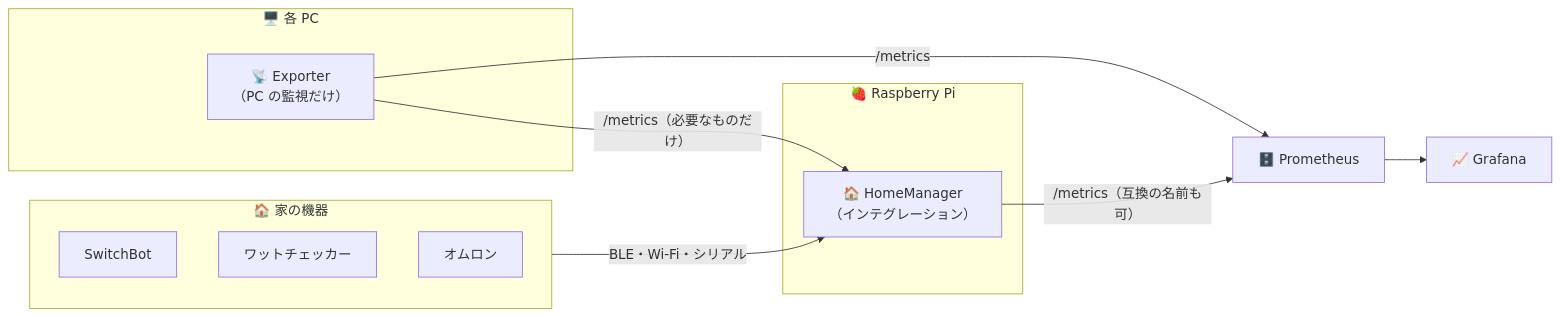
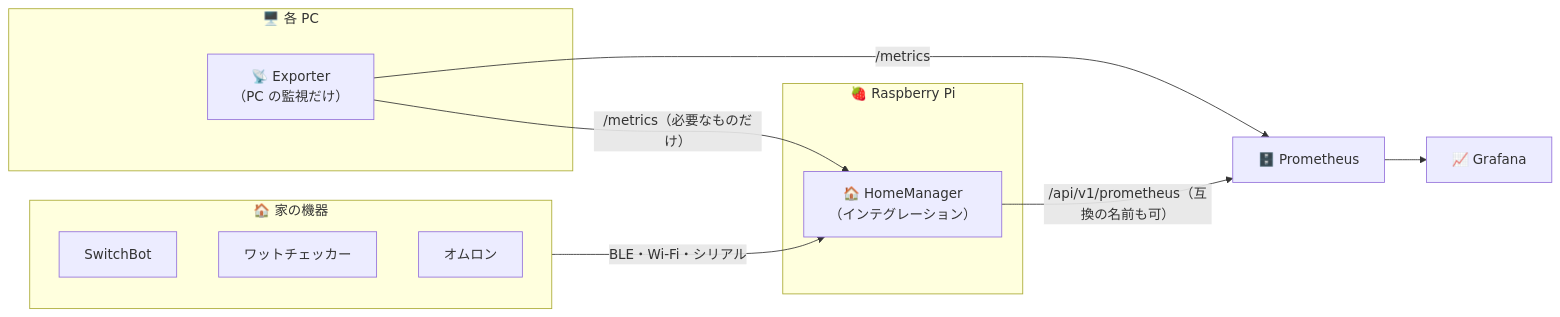
One commit to usausa/home-manager changed the third of 3 diagrams in docs/10-prometheus-exporter.md. Above: the diagram before and after it, drawn with Mermaid. The commit also changed other lines of this file and 59 other files, not shown here.

````diff
--- a/docs/10-prometheus-exporter.md
+++ b/docs/10-prometheus-exporter.md
@@ -189,19 +189,19 @@
 ```mermaid
 flowchart LR
     subgraph Home["🏠 家の機器"]
         SB["SwitchBot"]
         WC["ワットチェッカー"]
         OM["オムロン"]
     end
     subgraph Pi["🍓 Raspberry Pi"]
         HM["🏠 HomeManager<br/>（インテグレーション）"]
     end
     subgraph PCs["🖥️ 各 PC"]
         EX["📡 Exporter<br/>（PC の監視だけ）"]
     end
     Home -->|"BLE・Wi-Fi・シリアル"| HM
     EX -->|"/metrics（必要なものだけ）"| HM
-    HM -->|"/metrics（互換の名前も可）"| PROM["🗄️ Prometheus"]
+    HM -->|"/api/v1/prometheus（互換の名前も可）"| PROM["🗄️ Prometheus"]
     EX -->|"/metrics"| PROM
     PROM --> GF["📈 Grafana"]
 ```
````
